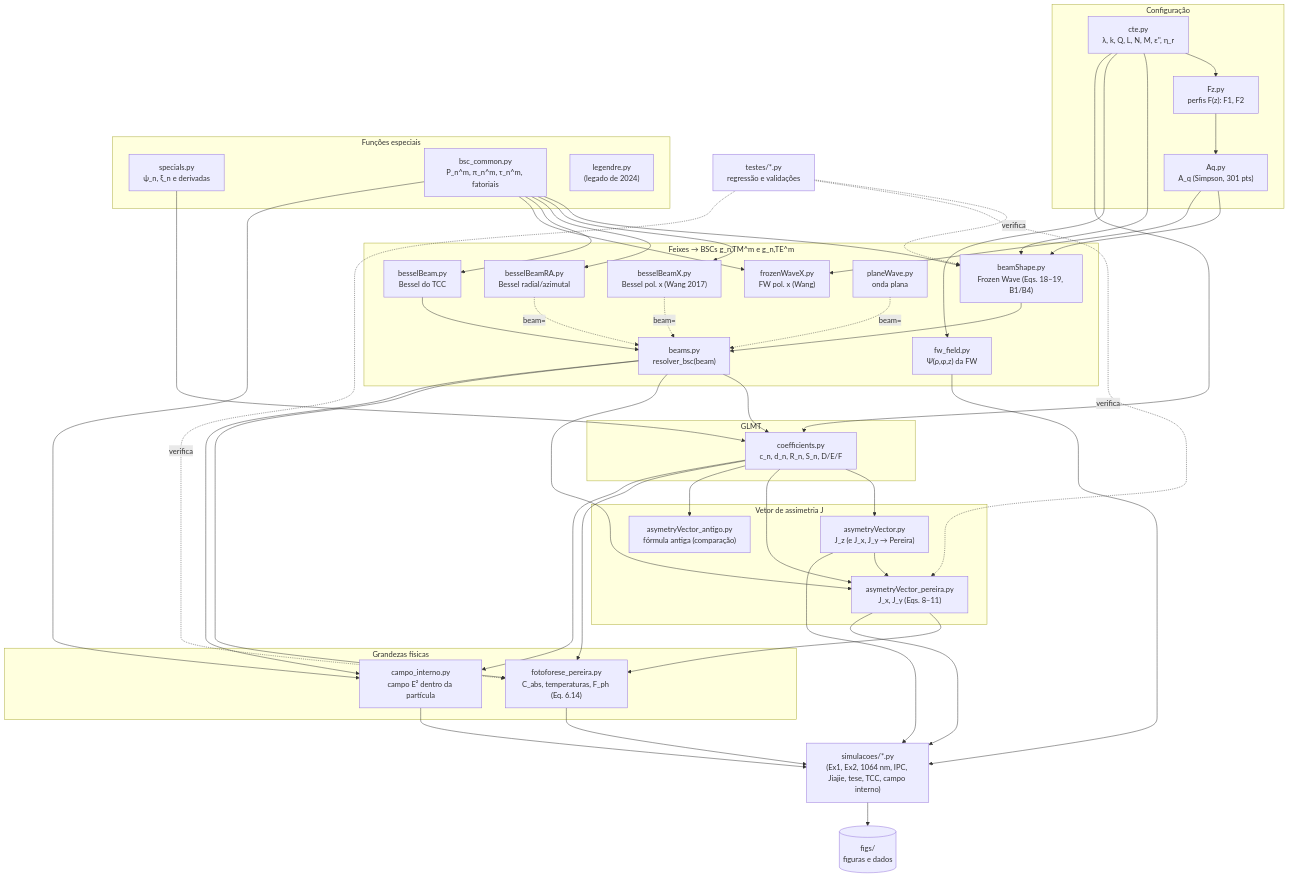
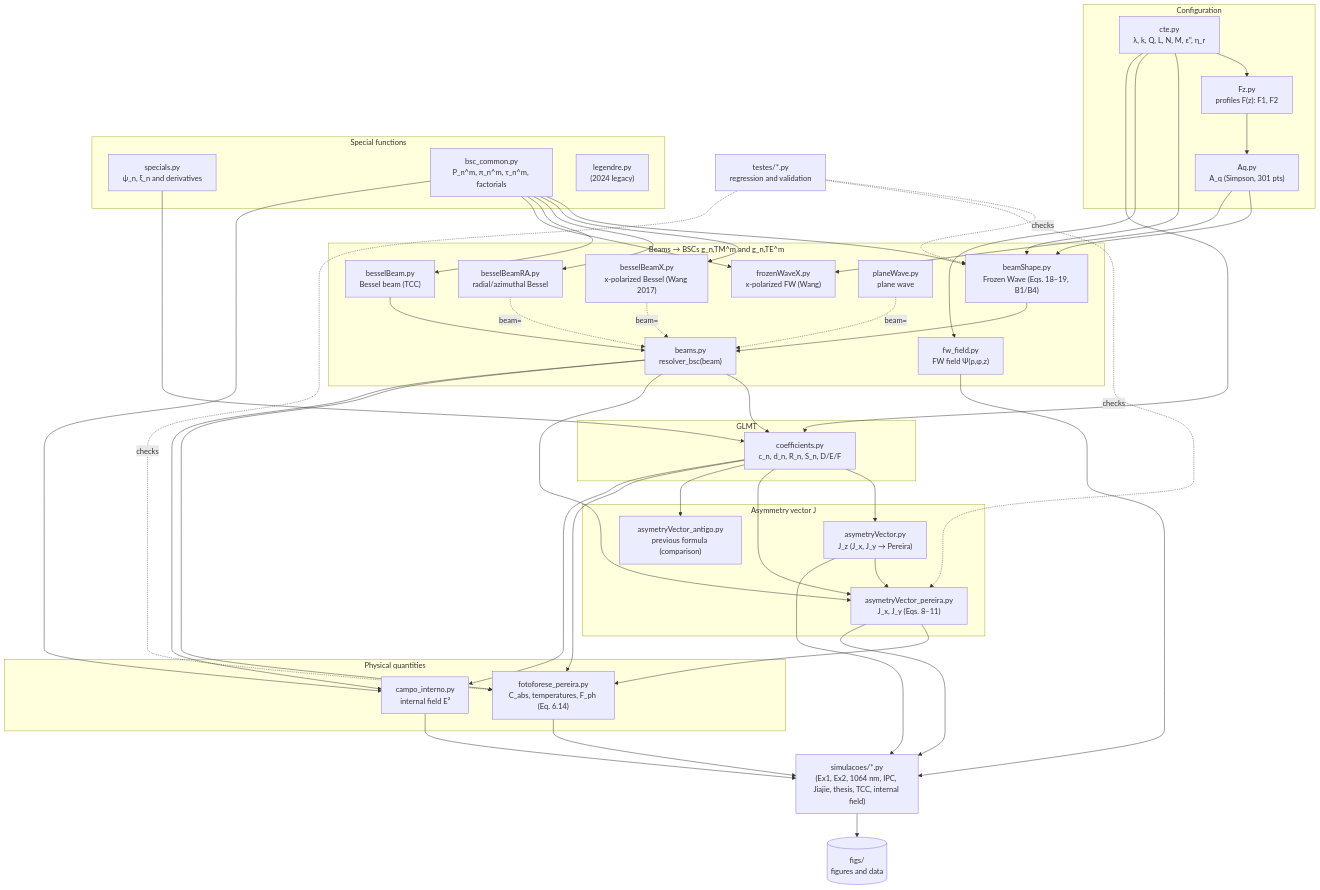
Before and after one commit to bdiasr/pytophoretic: the first of 2 diagrams in README.md, drawn with Mermaid. The commit also changed other lines of this file and 2 other files, not shown here.

````diff
--- a/README.md
+++ b/README.md
@@ -278,82 +280,82 @@
 ```mermaid
 flowchart TD
-    subgraph CFG["Configuração"]
+    subgraph CFG["Configuration"]
         CTE["cte.py<br/>λ, k, Q, L, N, M, ε'', η_r"]
-        FZ["Fz.py<br/>perfis F(z): F1, F2"]
+        FZ["Fz.py<br/>profiles F(z): F1, F2"]
         AQ["Aq.py<br/>A_q (Simpson, 301 pts)"]
     end
 
-    subgraph ESP["Funções especiais"]
-        SPC["specials.py<br/>ψ_n, ξ_n e derivadas"]
-        BSC["bsc_common.py<br/>P_n^m, π_n^m, τ_n^m, fatoriais"]
-        LEG["legendre.py<br/>(legado de 2024)"]
+    subgraph ESP["Special functions"]
+        SPC["specials.py<br/>ψ_n, ξ_n and derivatives"]
+        BSC["bsc_common.py<br/>P_n^m, π_n^m, τ_n^m, factorials"]
+        LEG["legendre.py<br/>(2024 legacy)"]
     end
 
-    subgraph FEI["Feixes → BSCs g_n,TM^m e g_n,TE^m"]
+    subgraph FEI["Beams → BSCs g_n,TM^m and g_n,TE^m"]
         FW["beamShape.py<br/>Frozen Wave (Eqs. 18–19, B1/B4)"]
-        FWF["fw_field.py<br/>Ψ(ρ,φ,z) da FW"]
-        BX["besselBeamX.py<br/>Bessel pol. x (Wang 2017)"]
-        BRA["besselBeamRA.py<br/>Bessel radial/azimutal"]
-        BB["besselBeam.py<br/>Bessel do TCC"]
-        PW["planeWave.py<br/>onda plana"]
-        FWX["frozenWaveX.py<br/>FW pol. x (Wang)"]
+        FWF["fw_field.py<br/>FW field Ψ(ρ,φ,z)"]
+        BX["besselBeamX.py<br/>x-polarized Bessel (Wang 2017)"]
+        BRA["besselBeamRA.py<br/>radial/azimuthal Bessel"]
+        BB["besselBeam.py<br/>Bessel beam (TCC)"]
+        PW["planeWave.py<br/>plane wave"]
+        FWX["frozenWaveX.py<br/>x-polarized FW (Wang)"]
         RES["beams.py<br/>resolver_bsc(beam)"]
     end
 
     subgraph MIE["GLMT"]
         COEF["coefficients.py<br/>c_n, d_n, R_n, S_n, D/E/F"]
     end
 
-    subgraph ASS["Vetor de assimetria J"]
-        AVZ["asymetryVector.py<br/>J_z (e J_x, J_y → Pereira)"]
+    subgraph ASS["Asymmetry vector J"]
+        AVZ["asymetryVector.py<br/>J_z (J_x, J_y → Pereira)"]
         AVP["asymetryVector_pereira.py<br/>J_x, J_y (Eqs. 8–11)"]
-        AVA["asymetryVector_antigo.py<br/>fórmula antiga (comparação)"]
+        AVA["asymetryVector_antigo.py<br/>previous formula (comparison)"]
     end
 
-    subgraph SAI["Grandezas físicas"]
-        FOT["fotoforese_pereira.py<br/>C_abs, temperaturas, F_ph (Eq. 6.14)"]
-        CI["campo_interno.py<br/>campo E² dentro da partícula"]
+    subgraph SAI["Physical quantities"]
+        FOT["fotoforese_pereira.py<br/>C_abs, temperatures, F_ph (Eq. 6.14)"]
+        CI["campo_interno.py<br/>internal field E²"]
     end
 
-    SIM["simulacoes/*.py<br/>(Ex1, Ex2, 1064 nm, IPC, Jiajie, tese, TCC, campo interno)"]
-    FIG[("figs/<br/>figuras e dados")]
-    TST["testes/*.py<br/>regressão e validações"]
+    SIM["simulacoes/*.py<br/>(Ex1, Ex2, 1064 nm, IPC, Jiajie, thesis, TCC, internal field)"]
+    FIG[("figs/<br/>figures and data")]
+    TST["testes/*.py<br/>regression and validation"]
 
     CTE --> FZ --> AQ --> FW
     CTE --> FW
     BSC --> FW
     BSC --> BX
     BSC --> BRA
     BSC --> BB
     AQ --> FWX
     BSC --> FWX
     CTE --> FWF
     FW --> RES
     BB --> RES
     BX -.->|"beam="| RES
     BRA -.->|"beam="| RES
     PW -.->|"beam="| RES
     SPC --> COEF
     RES --> COEF
     CTE --> COEF
     COEF --> AVZ
     COEF --> AVP
     COEF --> AVA
     RES --> AVP
     AVZ --> AVP
     AVP --> FOT
     COEF --> FOT
     RES --> FOT
     COEF --> CI
     RES --> CI
     BSC --> CI
     AVP --> SIM
     AVZ --> SIM
     FOT --> SIM
     CI --> SIM
     FWF --> SIM
     SIM --> FIG
-    TST -.->|"verifica"| FW
-    TST -.->|"verifica"| AVP
-    TST -.->|"verifica"| FOT
+    TST -.->|"checks"| FW
+    TST -.->|"checks"| AVP
+    TST -.->|"checks"| FOT
 ```
````
